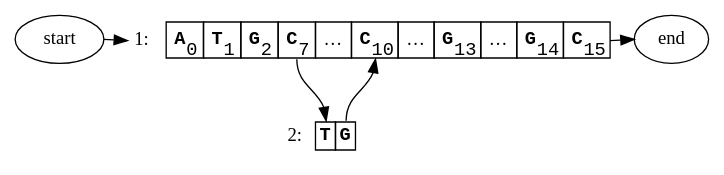
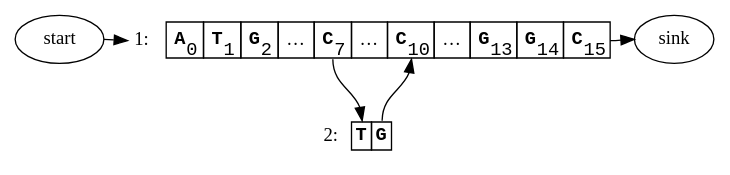
The diagram in docs/figures/figure_2_minimized.dot (ginkgobioworks/gen), drawn with Graphviz before and after one commit. The commit also changed 17 other files, not shown here.

```diff
--- a/docs/figures/figure_2_minimized.dot
+++ b/docs/figures/figure_2_minimized.dot
@@ -1,56 +1,29 @@
 strict digraph "" {
-	graph [bb="0,0,490,108",
-		rankdir=TD,
+	graph [rankdir=TD,
 		splines=true
 	];
 	node [label="\N"];
-	source	[height=0.5,
-		label=start,
-		pos="27,90",
-		width=0.75];
-	1	[height=0.5,
-		highlights="[True, True, True, True, True, True, True, True, False, False, True, True, True, True, True, True]",
-		label=<<TABLE BORDER='0' CELLBORDER='1' CELLSPACING='0' CELLPADDING='5'><TR><TD BORDER='0' PORT='caption'>1: </TD><TD PORT='0'><FONT FACE='Courier New'><B>A</B><SUB>0</SUB></FONT></TD>
+	source	[label=start];
+	1	[label=<<TABLE BORDER='0' CELLBORDER='1' CELLSPACING='0' CELLPADDING='5'><TR><TD BORDER='0' PORT='caption'>1: </TD><TD PORT='0'><FONT FACE='Courier New'><B>A</B><SUB>0</SUB></FONT></TD>
 <TD PORT='1'><FONT FACE='Courier New'><B>T</B><SUB>1</SUB></FONT></TD>
 <TD PORT='2'><FONT FACE='Courier New'><B>G</B><SUB>2</SUB></FONT></TD>
+<TD>…</TD>
 <TD PORT='7'><FONT FACE='Courier New'><B>C</B><SUB>7</SUB></FONT></TD>
 <TD>…</TD>
 <TD PORT='10'><FONT FACE='Courier New'><B>C</B><SUB>10</SUB></FONT></TD>
 <TD>…</TD>
 <TD PORT='13'><FONT FACE='Courier New'><B>G</B><SUB>13</SUB></FONT></TD>
-<TD>…</TD>
 <TD PORT='14'><FONT FACE='Courier New'><B>G</B><SUB>14</SUB></FONT></TD>
 <TD PORT='15'><FONT FACE='Courier New'><B>C</B><SUB>15</SUB></FONT></TD></TR></TABLE>>,
 		margin=0,
-		pos="245,90",
-		sequence=ATGTATACATCACGGC,
-		shape=none,
-		width=4.8056];
-	source:e -> 1:caption	[constraint=False,
-		pos="e,72,90 54,90 56.75,90 58.791,90 60.61,90",
-		rank=same,
-		to_pos=0];
-	sink	[height=0.5,
-		label=end,
-		pos="463,90",
-		width=0.75];
-	1:15 -> sink:w	[constraint=False,
-		from_pos=15,
-		pos="e,436,90 418,90 420.75,90 422.79,90 424.61,90",
-		rank=same];
-	2	[height=0.5,
-		highlights="[True, True]",
-		label=<<TABLE BORDER='0' CELLBORDER='1' CELLSPACING='0'><TR><TD BORDER='0' PORT='caption'>2: </TD><TD PORT='0'><FONT FACE='Courier New'><B>T</B></FONT></TD>
+		shape=none];
+	source:e -> 1:caption	[constraint=False];
+	2	[label=<<TABLE BORDER='0' CELLBORDER='1' CELLSPACING='0'><TR><TD BORDER='0' PORT='caption'>2: </TD><TD PORT='0'><FONT FACE='Courier New'><B>T</B></FONT></TD>
 <TD PORT='1'><FONT FACE='Courier New'><B>G</B></FONT></TD></TR></TABLE>>,
 		margin=0,
-		pos="210,18",
-		sequence=TG,
-		shape=none,
-		width=0.75];
-	1:7 -> 2:0	[from_pos=7,
-		pos="e,212,30.25 190.75,74.75 190.75,57.285 204.24,53.314 209.73,41.331",
-		to_pos=0];
-	2:1 -> 1:10	[from_pos=1,
-		pos="e,247.38,74.75 226.25,30.25 226.25,47.696 239.66,51.693 245.11,63.675",
-		to_pos=10];
+		shape=none];
+	1:7 -> 2:0;
+	sink	[label=sink];
+	1:15 -> sink:w	[constraint=False];
+	2:1 -> 1:10;
 }
```
